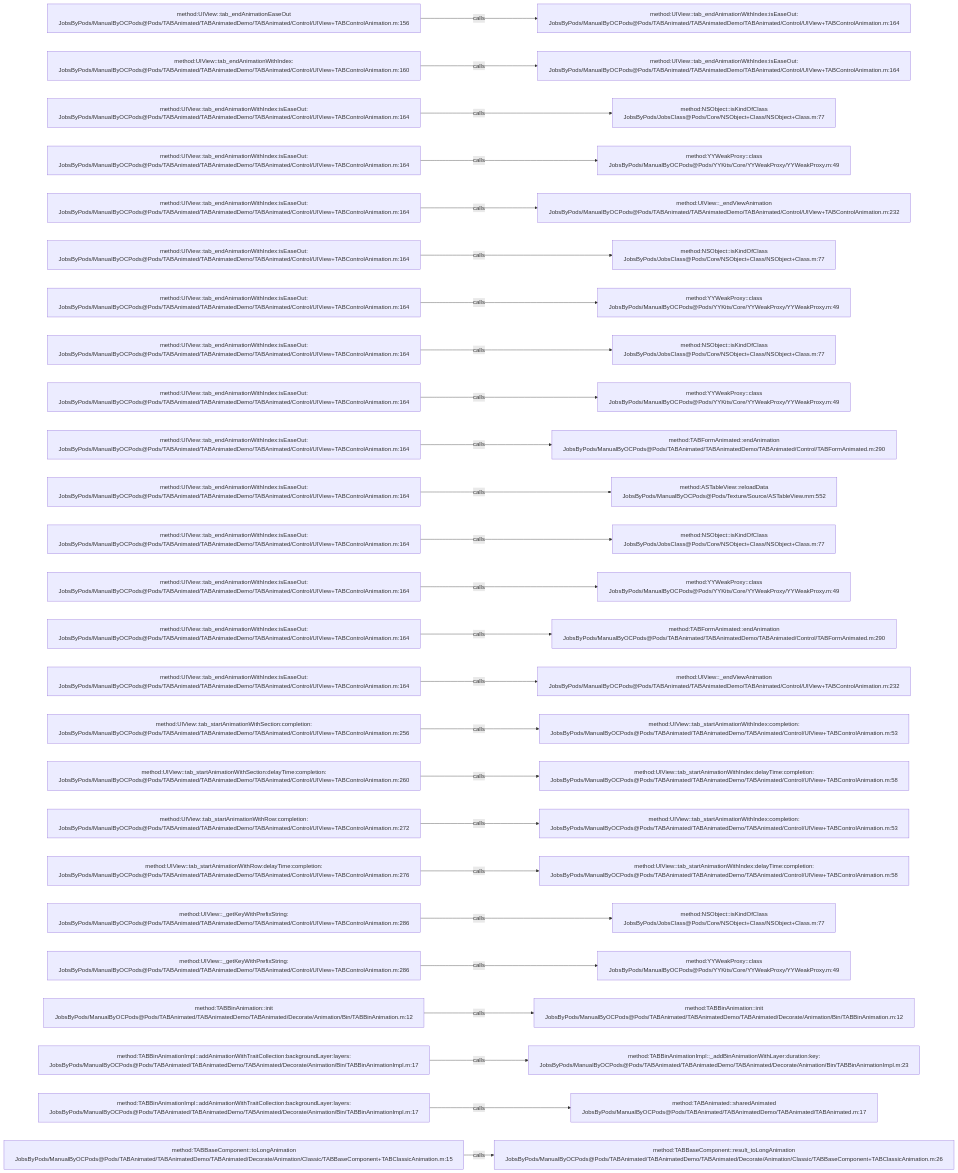
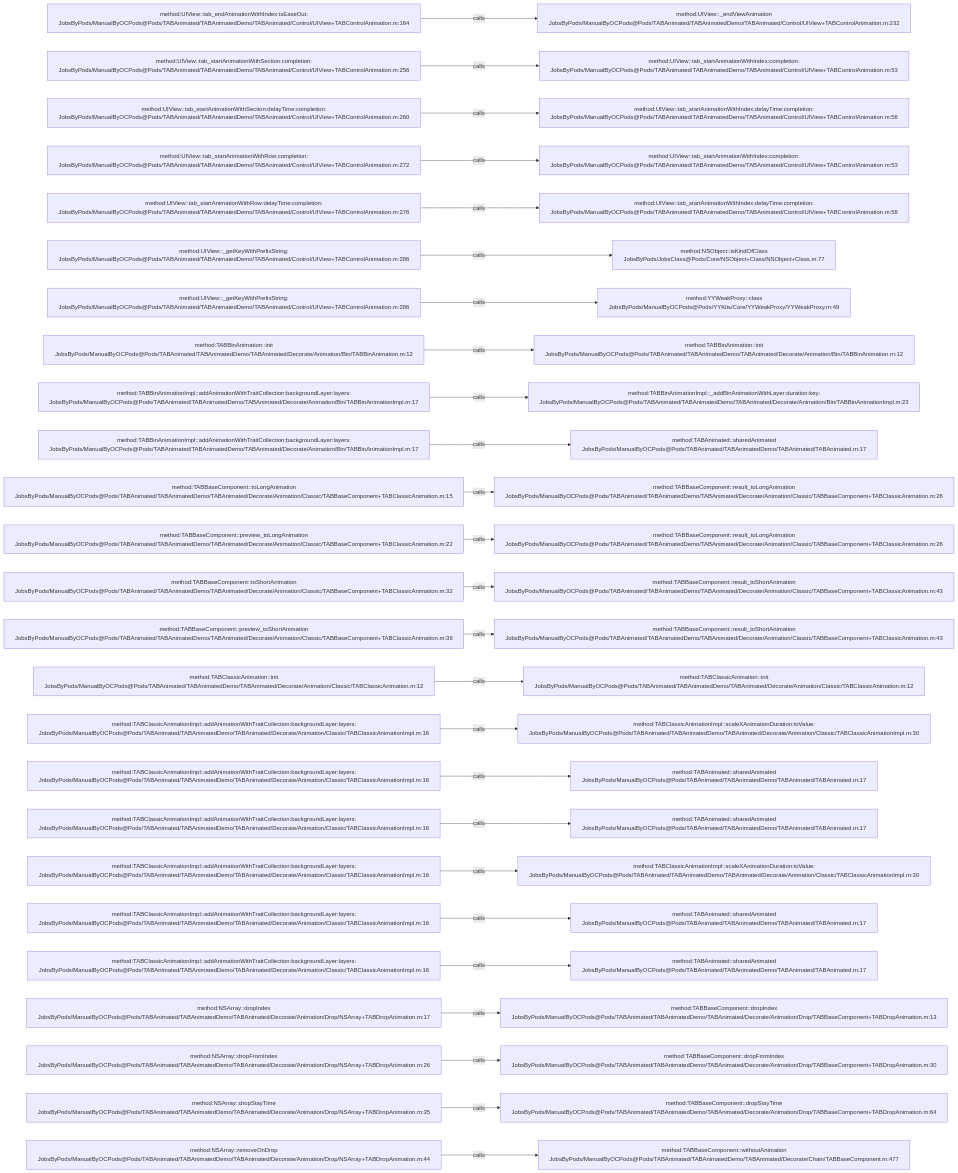
The diagram in .codegraph/codegraph.md/graphs/calls-029.md (JobsKits/JobsOCBaseConfigDemo), drawn with Mermaid before and after one commit. The commit also changed 296 other files, not shown here.

````diff
--- a/.codegraph/codegraph.md/graphs/calls-029.md
+++ b/.codegraph/codegraph.md/graphs/calls-029.md
@@ -13,78 +13,78 @@
 ```mermaid
 flowchart LR
-  S1["method:UIView::tab_endAnimationEaseOut<br/>JobsByPods/ManualByOCPods@Pods/TABAnimated/TABAnimatedDemo/TABAnimated/Control/UIView+TABControlAnimation.m:156"]
-  T1["method:UIView::tab_endAnimationWithIndex:isEaseOut:<br/>JobsByPods/ManualByOCPods@Pods/TABAnimated/TABAnimatedDemo/TABAnimated/Control/UIView+TABControlAnimation.m:164"]
+  S1["method:UIView::tab_endAnimationWithIndex:isEaseOut:<br/>JobsByPods/ManualByOCPods@Pods/TABAnimated/TABAnimatedDemo/TABAnimated/Control/UIView+TABControlAnimation.m:164"]
+  T1["method:UIView::_endViewAnimation<br/>JobsByPods/ManualByOCPods@Pods/TABAnimated/TABAnimatedDemo/TABAnimated/Control/UIView+TABControlAnimation.m:232"]
   S1 -->|calls| T1
-  S2["method:UIView::tab_endAnimationWithIndex:<br/>JobsByPods/ManualByOCPods@Pods/TABAnimated/TABAnimatedDemo/TABAnimated/Control/UIView+TABControlAnimation.m:160"]
-  T2["method:UIView::tab_endAnimationWithIndex:isEaseOut:<br/>JobsByPods/ManualByOCPods@Pods/TABAnimated/TABAnimatedDemo/TABAnimated/Control/UIView+TABControlAnimation.m:164"]
+  S2["method:UIView::tab_startAnimationWithSection:completion:<br/>JobsByPods/ManualByOCPods@Pods/TABAnimated/TABAnimatedDemo/TABAnimated/Control/UIView+TABControlAnimation.m:256"]
+  T2["method:UIView::tab_startAnimationWithIndex:completion:<br/>JobsByPods/ManualByOCPods@Pods/TABAnimated/TABAnimatedDemo/TABAnimated/Control/UIView+TABControlAnimation.m:53"]
   S2 -->|calls| T2
-  S3["method:UIView::tab_endAnimationWithIndex:isEaseOut:<br/>JobsByPods/ManualByOCPods@Pods/TABAnimated/TABAnimatedDemo/TABAnimated/Control/UIView+TABControlAnimation.m:164"]
-  T3["method:NSObject::isKindOfClass<br/>JobsByPods/JobsClass@Pods/Core/NSObject+Class/NSObject+Class.m:77"]
+  S3["method:UIView::tab_startAnimationWithSection:delayTime:completion:<br/>JobsByPods/ManualByOCPods@Pods/TABAnimated/TABAnimatedDemo/TABAnimated/Control/UIView+TABControlAnimation.m:260"]
+  T3["method:UIView::tab_startAnimationWithIndex:delayTime:completion:<br/>JobsByPods/ManualByOCPods@Pods/TABAnimated/TABAnimatedDemo/TABAnimated/Control/UIView+TABControlAnimation.m:58"]
   S3 -->|calls| T3
-  S4["method:UIView::tab_endAnimationWithIndex:isEaseOut:<br/>JobsByPods/ManualByOCPods@Pods/TABAnimated/TABAnimatedDemo/TABAnimated/Control/UIView+TABControlAnimation.m:164"]
-  T4["method:YYWeakProxy::class<br/>JobsByPods/ManualByOCPods@Pods/YYKits/Core/YYWeakProxy/YYWeakProxy.m:49"]
+  S4["method:UIView::tab_startAnimationWithRow:completion:<br/>JobsByPods/ManualByOCPods@Pods/TABAnimated/TABAnimatedDemo/TABAnimated/Control/UIView+TABControlAnimation.m:272"]
+  T4["method:UIView::tab_startAnimationWithIndex:completion:<br/>JobsByPods/ManualByOCPods@Pods/TABAnimated/TABAnimatedDemo/TABAnimated/Control/UIView+TABControlAnimation.m:53"]
   S4 -->|calls| T4
-  S5["method:UIView::tab_endAnimationWithIndex:isEaseOut:<br/>JobsByPods/ManualByOCPods@Pods/TABAnimated/TABAnimatedDemo/TABAnimated/Control/UIView+TABControlAnimation.m:164"]
-  T5["method:UIView::_endViewAnimation<br/>JobsByPods/ManualByOCPods@Pods/TABAnimated/TABAnimatedDemo/TABAnimated/Control/UIView+TABControlAnimation.m:232"]
+  S5["method:UIView::tab_startAnimationWithRow:delayTime:completion:<br/>JobsByPods/ManualByOCPods@Pods/TABAnimated/TABAnimatedDemo/TABAnimated/Control/UIView+TABControlAnimation.m:276"]
+  T5["method:UIView::tab_startAnimationWithIndex:delayTime:completion:<br/>JobsByPods/ManualByOCPods@Pods/TABAnimated/TABAnimatedDemo/TABAnimated/Control/UIView+TABControlAnimation.m:58"]
   S5 -->|calls| T5
-  S6["method:UIView::tab_endAnimationWithIndex:isEaseOut:<br/>JobsByPods/ManualByOCPods@Pods/TABAnimated/TABAnimatedDemo/TABAnimated/Control/UIView+TABControlAnimation.m:164"]
+  S6["method:UIView::_getKeyWithPrefixString:<br/>JobsByPods/ManualByOCPods@Pods/TABAnimated/TABAnimatedDemo/TABAnimated/Control/UIView+TABControlAnimation.m:286"]
   T6["method:NSObject::isKindOfClass<br/>JobsByPods/JobsClass@Pods/Core/NSObject+Class/NSObject+Class.m:77"]
   S6 -->|calls| T6
-  S7["method:UIView::tab_endAnimationWithIndex:isEaseOut:<br/>JobsByPods/ManualByOCPods@Pods/TABAnimated/TABAnimatedDemo/TABAnimated/Control/UIView+TABControlAnimation.m:164"]
+  S7["method:UIView::_getKeyWithPrefixString:<br/>JobsByPods/ManualByOCPods@Pods/TABAnimated/TABAnimatedDemo/TABAnimated/Control/UIView+TABControlAnimation.m:286"]
   T7["method:YYWeakProxy::class<br/>JobsByPods/ManualByOCPods@Pods/YYKits/Core/YYWeakProxy/YYWeakProxy.m:49"]
   S7 -->|calls| T7
-  S8["method:UIView::tab_endAnimationWithIndex:isEaseOut:<br/>JobsByPods/ManualByOCPods@Pods/TABAnimated/TABAnimatedDemo/TABAnimated/Control/UIView+TABControlAnimation.m:164"]
-  T8["method:NSObject::isKindOfClass<br/>JobsByPods/JobsClass@Pods/Core/NSObject+Class/NSObject+Class.m:77"]
+  S8["method:TABBinAnimation::init<br/>JobsByPods/ManualByOCPods@Pods/TABAnimated/TABAnimatedDemo/TABAnimated/Decorate/Animation/Bin/TABBinAnimation.m:12"]
+  T8["method:TABBinAnimation::init<br/>JobsByPods/ManualByOCPods@Pods/TABAnimated/TABAnimatedDemo/TABAnimated/Decorate/Animation/Bin/TABBinAnimation.m:12"]
   S8 -->|calls| T8
-  S9["method:UIView::tab_endAnimationWithIndex:isEaseOut:<br/>JobsByPods/ManualByOCPods@Pods/TABAnimated/TABAnimatedDemo/TABAnimated/Control/UIView+TABControlAnimation.m:164"]
-  T9["method:YYWeakProxy::class<br/>JobsByPods/ManualByOCPods@Pods/YYKits/Core/YYWeakProxy/YYWeakProxy.m:49"]
+  S9["method:TABBinAnimationImpl::addAnimationWithTraitCollection:backgroundLayer:layers:<br/>JobsByPods/ManualByOCPods@Pods/TABAnimated/TABAnimatedDemo/TABAnimated/Decorate/Animation/Bin/TABBinAnimationImpl.m:17"]
+  T9["method:TABBinAnimationImpl::_addBinAnimationWithLayer:duration:key:<br/>JobsByPods/ManualByOCPods@Pods/TABAnimated/TABAnimatedDemo/TABAnimated/Decorate/Animation/Bin/TABBinAnimationImpl.m:23"]
   S9 -->|calls| T9
-  S10["method:UIView::tab_endAnimationWithIndex:isEaseOut:<br/>JobsByPods/ManualByOCPods@Pods/TABAnimated/TABAnimatedDemo/TABAnimated/Control/UIView+TABControlAnimation.m:164"]
-  T10["method:TABFormAnimated::endAnimation<br/>JobsByPods/ManualByOCPods@Pods/TABAnimated/TABAnimatedDemo/TABAnimated/Control/TABFormAnimated.m:290"]
+  S10["method:TABBinAnimationImpl::addAnimationWithTraitCollection:backgroundLayer:layers:<br/>JobsByPods/ManualByOCPods@Pods/TABAnimated/TABAnimatedDemo/TABAnimated/Decorate/Animation/Bin/TABBinAnimationImpl.m:17"]
+  T10["method:TABAnimated::sharedAnimated<br/>JobsByPods/ManualByOCPods@Pods/TABAnimated/TABAnimatedDemo/TABAnimated/TABAnimated.m:17"]
   S10 -->|calls| T10
-  S11["method:UIView::tab_endAnimationWithIndex:isEaseOut:<br/>JobsByPods/ManualByOCPods@Pods/TABAnimated/TABAnimatedDemo/TABAnimated/Control/UIView+TABControlAnimation.m:164"]
-  T11["method:ASTableView::reloadData<br/>JobsByPods/ManualByOCPods@Pods/Texture/Source/ASTableView.mm:552"]
+  S11["method:TABBaseComponent::toLongAnimation<br/>JobsByPods/ManualByOCPods@Pods/TABAnimated/TABAnimatedDemo/TABAnimated/Decorate/Animation/Classic/TABBaseComponent+TABClassicAnimation.m:15"]
+  T11["method:TABBaseComponent::result_toLongAnimation<br/>JobsByPods/ManualByOCPods@Pods/TABAnimated/TABAnimatedDemo/TABAnimated/Decorate/Animation/Classic/TABBaseComponent+TABClassicAnimation.m:26"]
   S11 -->|calls| T11
-  S12["method:UIView::tab_endAnimationWithIndex:isEaseOut:<br/>JobsByPods/ManualByOCPods@Pods/TABAnimated/TABAnimatedDemo/TABAnimated/Control/UIView+TABControlAnimation.m:164"]
-  T12["method:NSObject::isKindOfClass<br/>JobsByPods/JobsClass@Pods/Core/NSObject+Class/NSObject+Class.m:77"]
+  S12["method:TABBaseComponent::preview_toLongAnimation<br/>JobsByPods/ManualByOCPods@Pods/TABAnimated/TABAnimatedDemo/TABAnimated/Decorate/Animation/Classic/TABBaseComponent+TABClassicAnimation.m:22"]
+  T12["method:TABBaseComponent::result_toLongAnimation<br/>JobsByPods/ManualByOCPods@Pods/TABAnimated/TABAnimatedDemo/TABAnimated/Decorate/Animation/Classic/TABBaseComponent+TABClassicAnimation.m:26"]
   S12 -->|calls| T12
-  S13["method:UIView::tab_endAnimationWithIndex:isEaseOut:<br/>JobsByPods/ManualByOCPods@Pods/TABAnimated/TABAnimatedDemo/TABAnimated/Control/UIView+TABControlAnimation.m:164"]
-  T13["method:YYWeakProxy::class<br/>JobsByPods/ManualByOCPods@Pods/YYKits/Core/YYWeakProxy/YYWeakProxy.m:49"]
+  S13["method:TABBaseComponent::toShortAnimation<br/>JobsByPods/ManualByOCPods@Pods/TABAnimated/TABAnimatedDemo/TABAnimated/Decorate/Animation/Classic/TABBaseComponent+TABClassicAnimation.m:32"]
+  T13["method:TABBaseComponent::result_toShortAnimation<br/>JobsByPods/ManualByOCPods@Pods/TABAnimated/TABAnimatedDemo/TABAnimated/Decorate/Animation/Classic/TABBaseComponent+TABClassicAnimation.m:43"]
   S13 -->|calls| T13
-  S14["method:UIView::tab_endAnimationWithIndex:isEaseOut:<br/>JobsByPods/ManualByOCPods@Pods/TABAnimated/TABAnimatedDemo/TABAnimated/Control/UIView+TABControlAnimation.m:164"]
-  T14["method:TABFormAnimated::endAnimation<br/>JobsByPods/ManualByOCPods@Pods/TABAnimated/TABAnimatedDemo/TABAnimated/Control/TABFormAnimated.m:290"]
+  S14["method:TABBaseComponent::preview_toShortAnimation<br/>JobsByPods/ManualByOCPods@Pods/TABAnimated/TABAnimatedDemo/TABAnimated/Decorate/Animation/Classic/TABBaseComponent+TABClassicAnimation.m:39"]
+  T14["method:TABBaseComponent::result_toShortAnimation<br/>JobsByPods/ManualByOCPods@Pods/TABAnimated/TABAnimatedDemo/TABAnimated/Decorate/Animation/Classic/TABBaseComponent+TABClassicAnimation.m:43"]
   S14 -->|calls| T14
-  S15["method:UIView::tab_endAnimationWithIndex:isEaseOut:<br/>JobsByPods/ManualByOCPods@Pods/TABAnimated/TABAnimatedDemo/TABAnimated/Control/UIView+TABControlAnimation.m:164"]
-  T15["method:UIView::_endViewAnimation<br/>JobsByPods/ManualByOCPods@Pods/TABAnimated/TABAnimatedDemo/TABAnimated/Control/UIView+TABControlAnimation.m:232"]
+  S15["method:TABClassicAnimation::init<br/>JobsByPods/ManualByOCPods@Pods/TABAnimated/TABAnimatedDemo/TABAnimated/Decorate/Animation/Classic/TABClassicAnimation.m:12"]
+  T15["method:TABClassicAnimation::init<br/>JobsByPods/ManualByOCPods@Pods/TABAnimated/TABAnimatedDemo/TABAnimated/Decorate/Animation/Classic/TABClassicAnimation.m:12"]
   S15 -->|calls| T15
-  S16["method:UIView::tab_startAnimationWithSection:completion:<br/>JobsByPods/ManualByOCPods@Pods/TABAnimated/TABAnimatedDemo/TABAnimated/Control/UIView+TABControlAnimation.m:256"]
-  T16["method:UIView::tab_startAnimationWithIndex:completion:<br/>JobsByPods/ManualByOCPods@Pods/TABAnimated/TABAnimatedDemo/TABAnimated/Control/UIView+TABControlAnimation.m:53"]
+  S16["method:TABClassicAnimationImpl::addAnimationWithTraitCollection:backgroundLayer:layers:<br/>JobsByPods/ManualByOCPods@Pods/TABAnimated/TABAnimatedDemo/TABAnimated/Decorate/Animation/Classic/TABClassicAnimationImpl.m:16"]
+  T16["method:TABClassicAnimationImpl::scaleXAnimationDuration:toValue:<br/>JobsByPods/ManualByOCPods@Pods/TABAnimated/TABAnimatedDemo/TABAnimated/Decorate/Animation/Classic/TABClassicAnimationImpl.m:30"]
   S16 -->|calls| T16
-  S17["method:UIView::tab_startAnimationWithSection:delayTime:completion:<br/>JobsByPods/ManualByOCPods@Pods/TABAnimated/TABAnimatedDemo/TABAnimated/Control/UIView+TABControlAnimation.m:260"]
-  T17["method:UIView::tab_startAnimationWithIndex:delayTime:completion:<br/>JobsByPods/ManualByOCPods@Pods/TABAnimated/TABAnimatedDemo/TABAnimated/Control/UIView+TABControlAnimation.m:58"]
+  S17["method:TABClassicAnimationImpl::addAnimationWithTraitCollection:backgroundLayer:layers:<br/>JobsByPods/ManualByOCPods@Pods/TABAnimated/TABAnimatedDemo/TABAnimated/Decorate/Animation/Classic/TABClassicAnimationImpl.m:16"]
+  T17["method:TABAnimated::sharedAnimated<br/>JobsByPods/ManualByOCPods@Pods/TABAnimated/TABAnimatedDemo/TABAnimated/TABAnimated.m:17"]
   S17 -->|calls| T17
-  S18["method:UIView::tab_startAnimationWithRow:completion:<br/>JobsByPods/ManualByOCPods@Pods/TABAnimated/TABAnimatedDemo/TABAnimated/Control/UIView+TABControlAnimation.m:272"]
-  T18["method:UIView::tab_startAnimationWithIndex:completion:<br/>JobsByPods/ManualByOCPods@Pods/TABAnimated/TABAnimatedDemo/TABAnimated/Control/UIView+TABControlAnimation.m:53"]
+  S18["method:TABClassicAnimationImpl::addAnimationWithTraitCollection:backgroundLayer:layers:<br/>JobsByPods/ManualByOCPods@Pods/TABAnimated/TABAnimatedDemo/TABAnimated/Decorate/Animation/Classic/TABClassicAnimationImpl.m:16"]
+  T18["method:TABAnimated::sharedAnimated<br/>JobsByPods/ManualByOCPods@Pods/TABAnimated/TABAnimatedDemo/TABAnimated/TABAnimated.m:17"]
   S18 -->|calls| T18
-  S19["method:UIView::tab_startAnimationWithRow:delayTime:completion:<br/>JobsByPods/ManualByOCPods@Pods/TABAnimated/TABAnimatedDemo/TABAnimated/Control/UIView+TABControlAnimation.m:276"]
-  T19["method:UIView::tab_startAnimationWithIndex:delayTime:completion:<br/>JobsByPods/ManualByOCPods@Pods/TABAnimated/TABAnimatedDemo/TABAnimated/Control/UIView+TABControlAnimation.m:58"]
+  S19["method:TABClassicAnimationImpl::addAnimationWithTraitCollection:backgroundLayer:layers:<br/>JobsByPods/ManualByOCPods@Pods/TABAnimated/TABAnimatedDemo/TABAnimated/Decorate/Animation/Classic/TABClassicAnimationImpl.m:16"]
+  T19["method:TABClassicAnimationImpl::scaleXAnimationDuration:toValue:<br/>JobsByPods/ManualByOCPods@Pods/TABAnimated/TABAnimatedDemo/TABAnimated/Decorate/Animation/Classic/TABClassicAnimationImpl.m:30"]
   S19 -->|calls| T19
-  S20["method:UIView::_getKeyWithPrefixString:<br/>JobsByPods/ManualByOCPods@Pods/TABAnimated/TABAnimatedDemo/TABAnimated/Control/UIView+TABControlAnimation.m:286"]
-  T20["method:NSObject::isKindOfClass<br/>JobsByPods/JobsClass@Pods/Core/NSObject+Class/NSObject+Class.m:77"]
+  S20["method:TABClassicAnimationImpl::addAnimationWithTraitCollection:backgroundLayer:layers:<br/>JobsByPods/ManualByOCPods@Pods/TABAnimated/TABAnimatedDemo/TABAnimated/Decorate/Animation/Classic/TABClassicAnimationImpl.m:16"]
+  T20["method:TABAnimated::sharedAnimated<br/>JobsByPods/ManualByOCPods@Pods/TABAnimated/TABAnimatedDemo/TABAnimated/TABAnimated.m:17"]
   S20 -->|calls| T20
-  S21["method:UIView::_getKeyWithPrefixString:<br/>JobsByPods/ManualByOCPods@Pods/TABAnimated/TABAnimatedDemo/TABAnimated/Control/UIView+TABControlAnimation.m:286"]
-  T21["method:YYWeakProxy::class<br/>JobsByPods/ManualByOCPods@Pods/YYKits/Core/YYWeakProxy/YYWeakProxy.m:49"]
+  S21["method:TABClassicAnimationImpl::addAnimationWithTraitCollection:backgroundLayer:layers:<br/>JobsByPods/ManualByOCPods@Pods/TABAnimated/TABAnimatedDemo/TABAnimated/Decorate/Animation/Classic/TABClassicAnimationImpl.m:16"]
+  T21["method:TABAnimated::sharedAnimated<br/>JobsByPods/ManualByOCPods@Pods/TABAnimated/TABAnimatedDemo/TABAnimated/TABAnimated.m:17"]
   S21 -->|calls| T21
-  S22["method:TABBinAnimation::init<br/>JobsByPods/ManualByOCPods@Pods/TABAnimated/TABAnimatedDemo/TABAnimated/Decorate/Animation/Bin/TABBinAnimation.m:12"]
-  T22["method:TABBinAnimation::init<br/>JobsByPods/ManualByOCPods@Pods/TABAnimated/TABAnimatedDemo/TABAnimated/Decorate/Animation/Bin/TABBinAnimation.m:12"]
+  S22["method:NSArray::dropIndex<br/>JobsByPods/ManualByOCPods@Pods/TABAnimated/TABAnimatedDemo/TABAnimated/Decorate/Animation/Drop/NSArray+TABDropAnimation.m:17"]
+  T22["method:TABBaseComponent::dropIndex<br/>JobsByPods/ManualByOCPods@Pods/TABAnimated/TABAnimatedDemo/TABAnimated/Decorate/Animation/Drop/TABBaseComponent+TABDropAnimation.m:13"]
   S22 -->|calls| T22
-  S23["method:TABBinAnimationImpl::addAnimationWithTraitCollection:backgroundLayer:layers:<br/>JobsByPods/ManualByOCPods@Pods/TABAnimated/TABAnimatedDemo/TABAnimated/Decorate/Animation/Bin/TABBinAnimationImpl.m:17"]
-  T23["method:TABBinAnimationImpl::_addBinAnimationWithLayer:duration:key:<br/>JobsByPods/ManualByOCPods@Pods/TABAnimated/TABAnimatedDemo/TABAnimated/Decorate/Animation/Bin/TABBinAnimationImpl.m:23"]
+  S23["method:NSArray::dropFromIndex<br/>JobsByPods/ManualByOCPods@Pods/TABAnimated/TABAnimatedDemo/TABAnimated/Decorate/Animation/Drop/NSArray+TABDropAnimation.m:26"]
+  T23["method:TABBaseComponent::dropFromIndex<br/>JobsByPods/ManualByOCPods@Pods/TABAnimated/TABAnimatedDemo/TABAnimated/Decorate/Animation/Drop/TABBaseComponent+TABDropAnimation.m:30"]
   S23 -->|calls| T23
-  S24["method:TABBinAnimationImpl::addAnimationWithTraitCollection:backgroundLayer:layers:<br/>JobsByPods/ManualByOCPods@Pods/TABAnimated/TABAnimatedDemo/TABAnimated/Decorate/Animation/Bin/TABBinAnimationImpl.m:17"]
-  T24["method:TABAnimated::sharedAnimated<br/>JobsByPods/ManualByOCPods@Pods/TABAnimated/TABAnimatedDemo/TABAnimated/TABAnimated.m:17"]
+  S24["method:NSArray::dropStayTime<br/>JobsByPods/ManualByOCPods@Pods/TABAnimated/TABAnimatedDemo/TABAnimated/Decorate/Animation/Drop/NSArray+TABDropAnimation.m:35"]
+  T24["method:TABBaseComponent::dropStayTime<br/>JobsByPods/ManualByOCPods@Pods/TABAnimated/TABAnimatedDemo/TABAnimated/Decorate/Animation/Drop/TABBaseComponent+TABDropAnimation.m:64"]
   S24 -->|calls| T24
-  S25["method:TABBaseComponent::toLongAnimation<br/>JobsByPods/ManualByOCPods@Pods/TABAnimated/TABAnimatedDemo/TABAnimated/Decorate/Animation/Classic/TABBaseComponent+TABClassicAnimation.m:15"]
-  T25["method:TABBaseComponent::result_toLongAnimation<br/>JobsByPods/ManualByOCPods@Pods/TABAnimated/TABAnimatedDemo/TABAnimated/Decorate/Animation/Classic/TABBaseComponent+TABClassicAnimation.m:26"]
+  S25["method:NSArray::removeOnDrop<br/>JobsByPods/ManualByOCPods@Pods/TABAnimated/TABAnimatedDemo/TABAnimated/Decorate/Animation/Drop/NSArray+TABDropAnimation.m:44"]
+  T25["method:TABBaseComponent::withoutAnimation<br/>JobsByPods/ManualByOCPods@Pods/TABAnimated/TABAnimatedDemo/TABAnimated/Decorate/Chain/TABBaseComponent.m:477"]
   S25 -->|calls| T25
 ```
````
